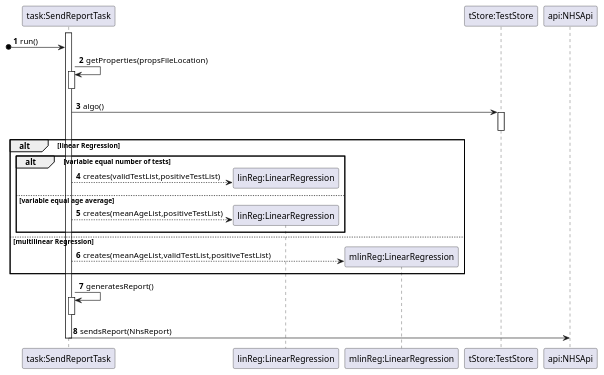
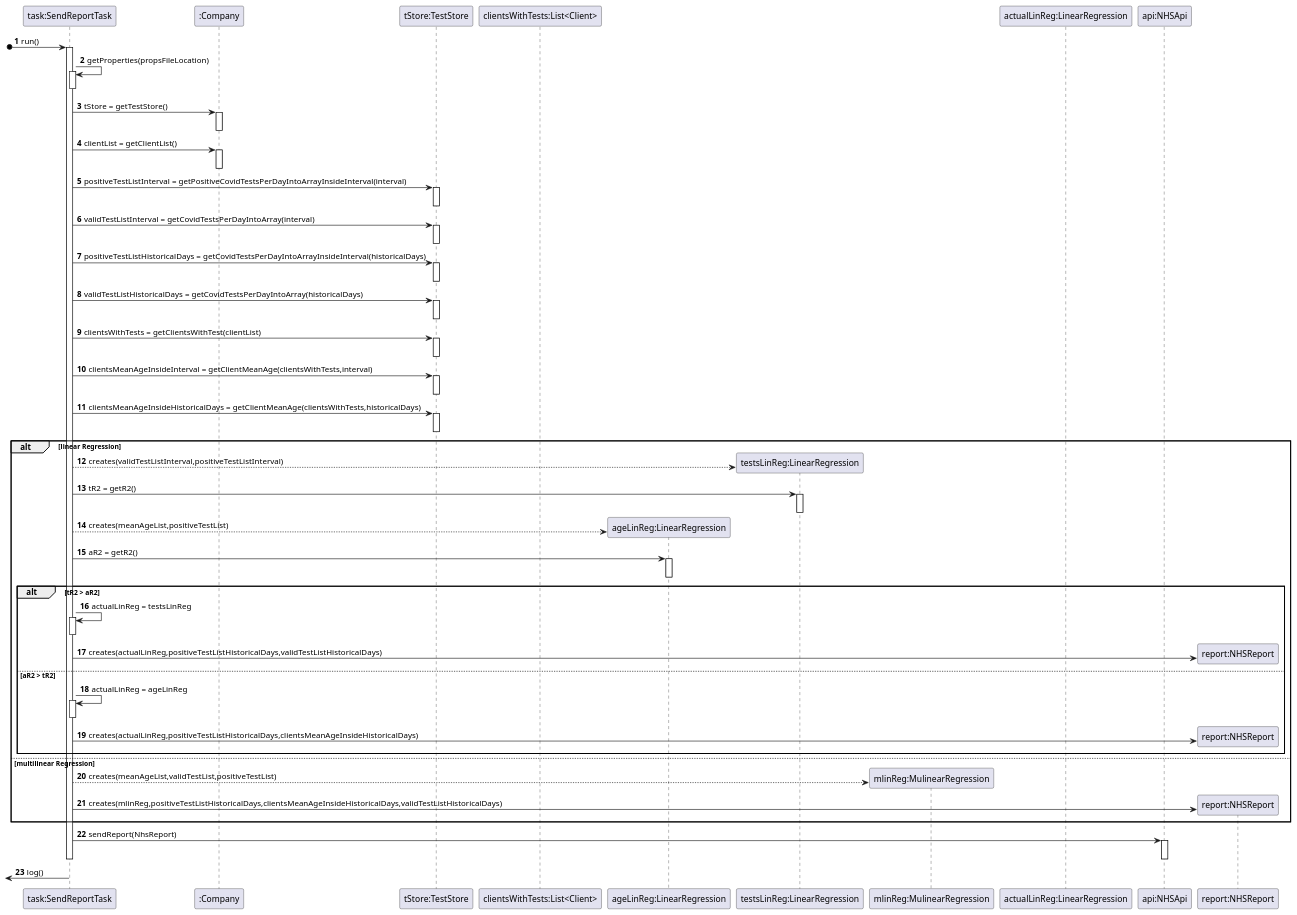
The diagram in docs/SprintD/US19/SD_runTask().puml (MarianaCLages/LAPR2), drawn with PlantUML before and after one commit. The commit also changed 10 other files, not shown here.

```diff
--- a/docs/SprintD/US19/SD_runTask().puml
+++ b/docs/SprintD/US19/SD_runTask().puml
@@ -1,36 +1,102 @@
 @startuml
 autonumber
 participant "task:SendReportTask" as task
-participant "linReg:LinearRegression" as linReg
-participant "mlinReg:LinearRegression" as linReg
-participant "mlinReg:LinearRegression" as mlinReg
+participant ":Company" as Comp
 participant "tStore:TestStore" as tStore
+participant "clientsWithTests:List<Client>"
+participant "ageLinReg:LinearRegression" as linReg
+participant "testsLinReg:LinearRegression" as tLinReg
+participant "mlinReg:MulinearRegression" as mlinReg
+participant "actualLinReg:LinearRegression"
 participant "api:NHSApi" as api
+participant "report:NHSReport" as report
 
+[o-> task: run()
 activate task
-[o-> task: run()
+
 task -> task: getProperties(propsFileLocation)
 activate task
 deactivate task
-task -> tStore:algo()
+
+task -> Comp: tStore = getTestStore()
+activate Comp
+deactivate
+
+
+task -> Comp: clientList = getClientList()
+activate Comp
+deactivate Comp
+
+
+task -> tStore: positiveTestListInterval = getPositiveCovidTestsPerDayIntoArrayInsideInterval(interval)
 activate tStore
 deactivate tStore
+
+task -> tStore:validTestListInterval = getCovidTestsPerDayIntoArray(interval)
+activate tStore
+deactivate tStore
+
+task -> tStore:positiveTestListHistoricalDays = getCovidTestsPerDayIntoArrayInsideInterval(historicalDays)
+activate tStore
+deactivate tStore
+
+task -> tStore:validTestListHistoricalDays = getCovidTestsPerDayIntoArray(historicalDays)
+activate tStore
+deactivate tStore
+
+task -> tStore: clientsWithTests = getClientsWithTest(clientList)
+activate tStore
+deactivate tStore
+
+task -> tStore:clientsMeanAgeInsideInterval = getClientMeanAge(clientsWithTests,interval)
+activate tStore
+deactivate tStore
+
+task -> tStore:clientsMeanAgeInsideHistoricalDays = getClientMeanAge(clientsWithTests,historicalDays)
+activate tStore
+deactivate tStore
+
+
+
 alt linear Regression
-    alt variable equal number of tests
-    task --> linReg** : creates(validTestList,positiveTestList)
 
-    else variable equal age average
+    task --> tLinReg** : creates(validTestListInterval,positiveTestListInterval)
+
+    task -> tLinReg: tR2 = getR2()
+    activate tLinReg
+    deactivate
+
     task --> linReg** : creates(meanAgeList,positiveTestList)
+    task -> linReg: aR2 = getR2()
+    activate linReg
+    deactivate
+    alt tR2 > aR2
+       task -> task:actualLinReg = testsLinReg
+       activate task
+       deactivate
+
+       task -> report**: creates(actualLinReg,positiveTestListHistoricalDays,validTestListHistoricalDays)
+
+    else aR2 > tR2
+        task -> task:actualLinReg = ageLinReg
+        activate task
+        deactivate
+
+        task -> report**: creates(actualLinReg,positiveTestListHistoricalDays,clientsMeanAgeInsideHistoricalDays)
 
     end
 
+
 else multilinear Regression
     task --> mlinReg**:creates(meanAgeList,validTestList,positiveTestList)
+    task -> report**: creates(mlinReg,positiveTestListHistoricalDays,clientsMeanAgeInsideHistoricalDays,validTestListHistoricalDays)
+
 end
 activate task
-task -> task: generatesReport()
-activate task
-deactivate
-task -> api: sendsReport(NhsReport)
+
+task -> api: sendReport(NhsReport)
+activate api
+deactivate api
 deactivate task
+[<- task : log()
 @enduml
```
